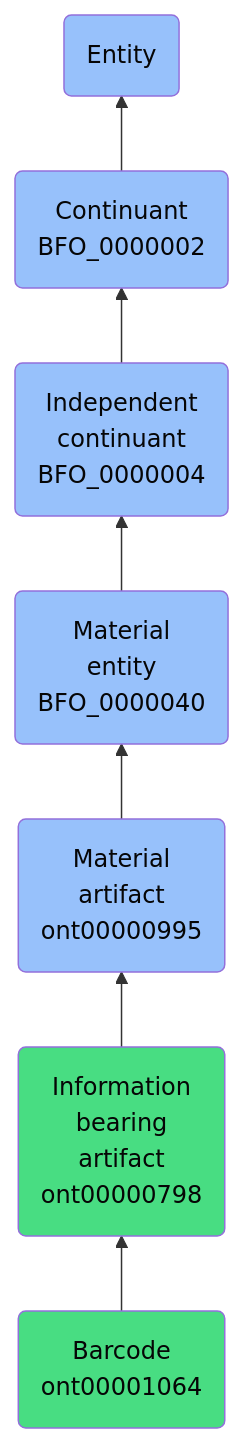
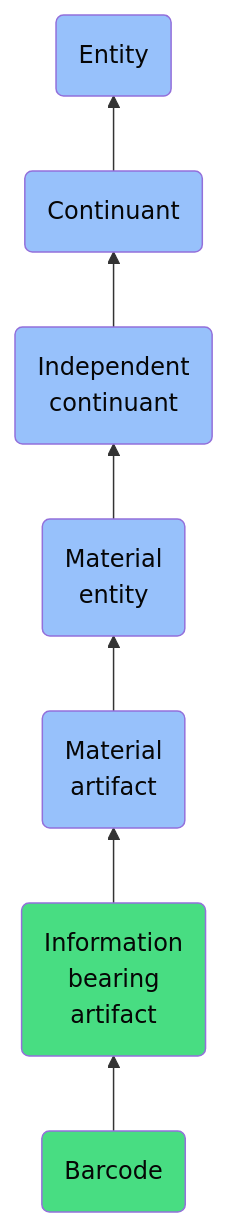
One commit to jupyter-naas/abi changed the diagram in docs/ontology/reference/model/Entity/Continuant/Independent continuant/Material entity/Material artifact/Information bearing artifact/Barcode/Barcode.md. Above: the diagram before and after it, drawn with Mermaid. The commit also changed other lines of this file and 1430 other files, not shown here.

````diff
--- a/docs/ontology/reference/model/Entity/Continuant/Independent continuant/Material entity/Material artifact/Information bearing artifact/Barcode/Barcode.md
+++ b/docs/ontology/reference/model/Entity/Continuant/Independent continuant/Material entity/Material artifact/Information bearing artifact/Barcode/Barcode.md
@@ -24,14 +24,14 @@
 ```mermaid
 graph BT
-    ont00001064(Barcode<br>ont00001064):::ABI-->ont00000798
-    ont00000798(Information<br>bearing<br>artifact<br>ont00000798):::ABI-->ont00000995
-    ont00000995(Material<br>artifact<br>ont00000995):::BFO-->BFO_0000040
-    BFO_0000040(Material<br>entity<br>BFO_0000040):::BFO-->BFO_0000004
-    BFO_0000004(Independent<br>continuant<br>BFO_0000004):::BFO-->BFO_0000002
-    BFO_0000002(Continuant<br>BFO_0000002):::BFO-->BFO_0000001
+    ont00001064(Barcode):::ABI-->ont00000798
+    ont00000798(Information<br>bearing<br>artifact):::ABI-->ont00000995
+    ont00000995(Material<br>artifact):::BFO-->BFO_0000040
+    BFO_0000040(Material<br>entity):::BFO-->BFO_0000004
+    BFO_0000004(Independent<br>continuant):::BFO-->BFO_0000002
+    BFO_0000002(Continuant):::BFO-->BFO_0000001
     BFO_0000001(Entity):::BFO
     
     classDef BFO fill:#97c1fb,color:#060606
     classDef CCO fill:#e4c51e,color:#060606
     classDef ABI fill:#48DD82,color:#060606
 ```
````
